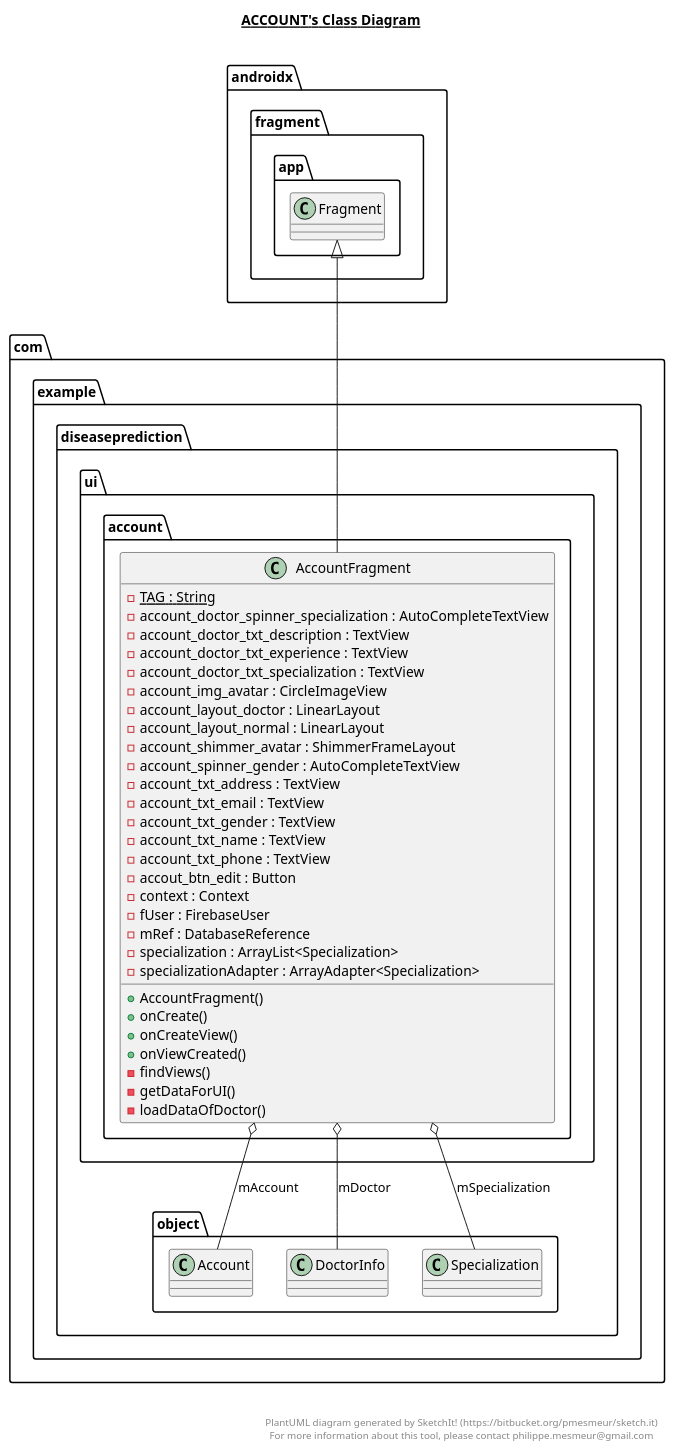
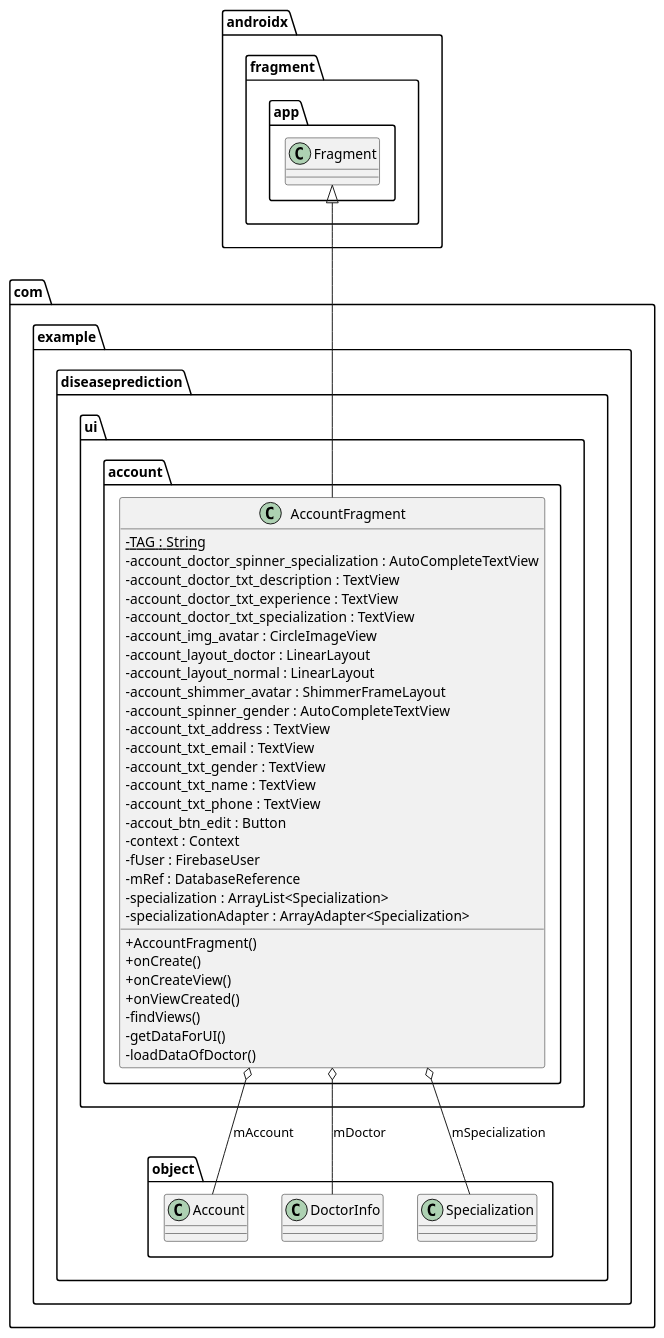
The diagram in app/src/main/java/com/example/diseaseprediction/diagram/account.plantuml (unrickq/Disease_prediction), drawn with PlantUML before and after one commit. The commit also changed 14 other files, not shown here.

```diff
--- a/app/src/main/java/com/example/diseaseprediction/diagram/account.plantuml
+++ b/app/src/main/java/com/example/diseaseprediction/diagram/account.plantuml
@@ -1,54 +1,45 @@
 @startuml
-
-title __ACCOUNT's Class Diagram__\n
 
   namespace com.example.diseaseprediction {
     namespace ui.account {
+    skinparam classAttributeIconSize 0
       class com.example.diseaseprediction.ui.account.AccountFragment {
           {static} - TAG : String
           - account_doctor_spinner_specialization : AutoCompleteTextView
           - account_doctor_txt_description : TextView
           - account_doctor_txt_experience : TextView
           - account_doctor_txt_specialization : TextView
           - account_img_avatar : CircleImageView
           - account_layout_doctor : LinearLayout
           - account_layout_normal : LinearLayout
           - account_shimmer_avatar : ShimmerFrameLayout
           - account_spinner_gender : AutoCompleteTextView
           - account_txt_address : TextView
           - account_txt_email : TextView
           - account_txt_gender : TextView
           - account_txt_name : TextView
           - account_txt_phone : TextView
           - accout_btn_edit : Button
           - context : Context
           - fUser : FirebaseUser
           - mRef : DatabaseReference
           - specialization : ArrayList<Specialization>
           - specializationAdapter : ArrayAdapter<Specialization>
           + AccountFragment()
           + onCreate()
           + onCreateView()
           + onViewCreated()
           - findViews()
           - getDataForUI()
           - loadDataOfDoctor()
       }
     }
   }
   
 
   com.example.diseaseprediction.ui.account.AccountFragment -up-|> androidx.fragment.app.Fragment
   com.example.diseaseprediction.ui.account.AccountFragment o-- com.example.diseaseprediction.object.Account : mAccount
   com.example.diseaseprediction.ui.account.AccountFragment o-- com.example.diseaseprediction.object.DoctorInfo : mDoctor
   com.example.diseaseprediction.ui.account.AccountFragment o-- com.example.diseaseprediction.object.Specialization : mSpecialization
 
-
-right footer
-
-
-PlantUML diagram generated by SketchIt! (https://bitbucket.org/pmesmeur/sketch.it)
-For more information about this tool, please contact philippe.mesmeur@gmail.com
-endfooter
-
 @enduml
```
